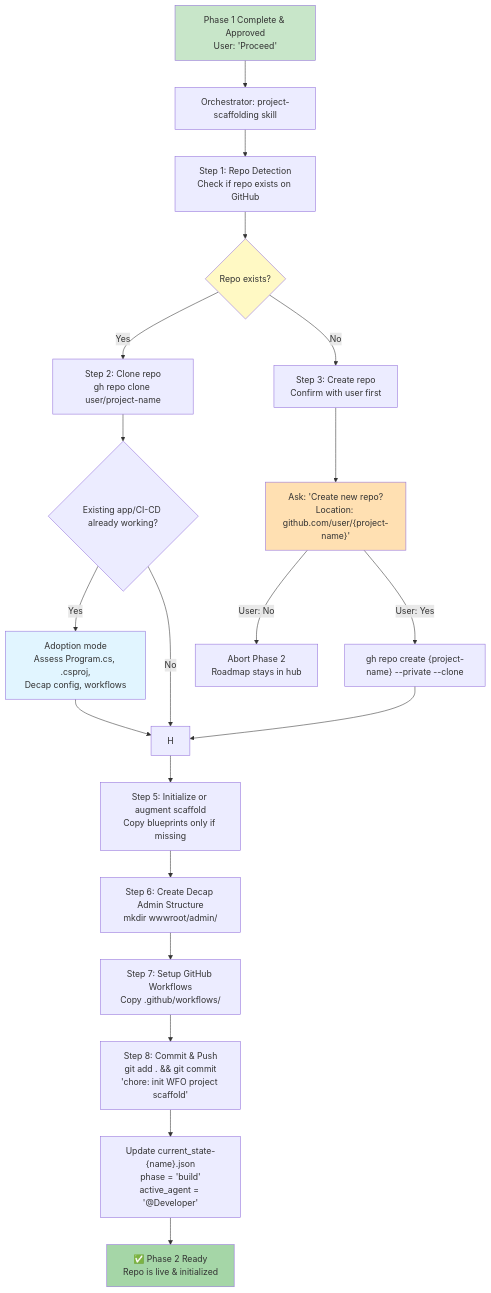
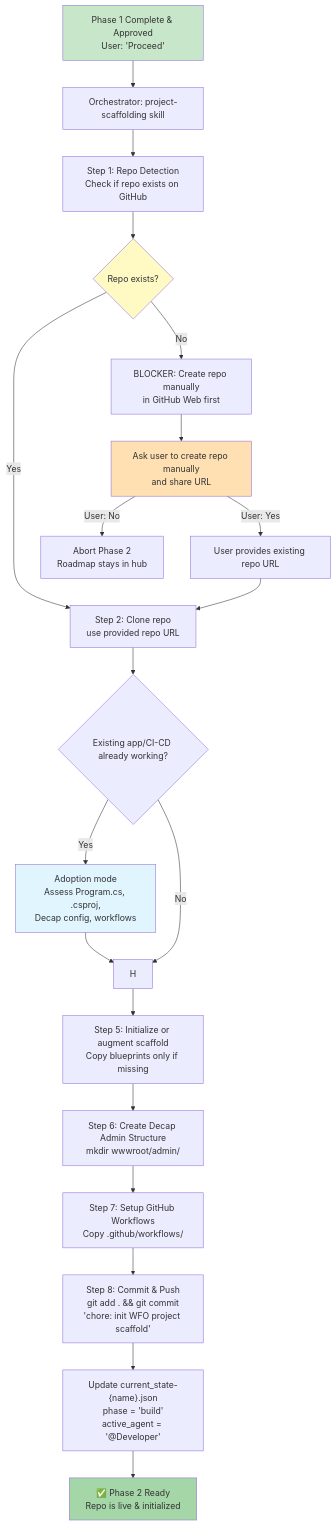
Before and after one commit to carlosperez1986/web-factory-orchestrator: the second of 8 diagrams in docs/wfo-flowcharts.md, drawn with Mermaid. The commit also changed other lines of this file and 3 other files, not shown here.

Commit message:
feat: Update repository handling to require manual creation and URL input for GitHub integration

````diff
--- a/docs/wfo-flowcharts.md
+++ b/docs/wfo-flowcharts.md
@@ -39,39 +39,39 @@
 ```mermaid
 flowchart TD
     A["Phase 1 Complete & Approved<br/>User: 'Proceed'"] --> B["Orchestrator: project-scaffolding skill"]
     
     B --> C["Step 1: Repo Detection<br/>Check if repo exists on GitHub"]
     
     C --> D{Repo exists?}
     
-    D -->|Yes| E["Step 2: Clone repo<br/>gh repo clone user/project-name"]
-    D -->|No| F["Step 3: Create repo<br/>Confirm with user first"]
+    D -->|Yes| E["Step 2: Clone repo<br/>use provided repo URL"]
+    D -->|No| F["BLOCKER: Create repo manually<br/>in GitHub Web first"]
     
-    F --> F1["Ask: 'Create new repo?<br/>Location: github.com/user/{project-name}'"]
+    F --> F1["Ask user to create repo manually<br/>and share URL"]
     F1 -->|User: No| F2["Abort Phase 2<br/>Roadmap stays in hub"]
-    F1 -->|User: Yes| G["gh repo create {project-name} --private --clone"]
+    F1 -->|User: Yes| G["User provides existing repo URL"]
     
     E --> E1{"Existing app/CI-CD already working?"}
     E1 -->|Yes| E2["Adoption mode<br/>Assess Program.cs, .csproj,<br/>Decap config, workflows"]
     E1 -->|No| H
     E2 --> H
-    G --> H
+    G --> E
     
     H --> I["Step 5: Initialize or augment scaffold<br/>Copy blueprints only if missing"]
     
     I --> J["Step 6: Create Decap Admin Structure<br/>mkdir wwwroot/admin/"]
     
     J --> K["Step 7: Setup GitHub Workflows<br/>Copy .github/workflows/"]
     
     K --> L["Step 8: Commit & Push<br/>git add . && git commit<br/>'chore: init WFO project scaffold'"]
     
     L --> M["Update current_state-{name}.json<br/>phase = 'build'<br/>active_agent = '@Developer'"]
     
     M --> N["✅ Phase 2 Ready<br/>Repo is live & initialized"]
     
     style A fill:#c8e6c9
     style D fill:#fff9c4
     style F1 fill:#ffe0b2
     style E2 fill:#e1f5ff
     style N fill:#a5d6a7
 ```
````
